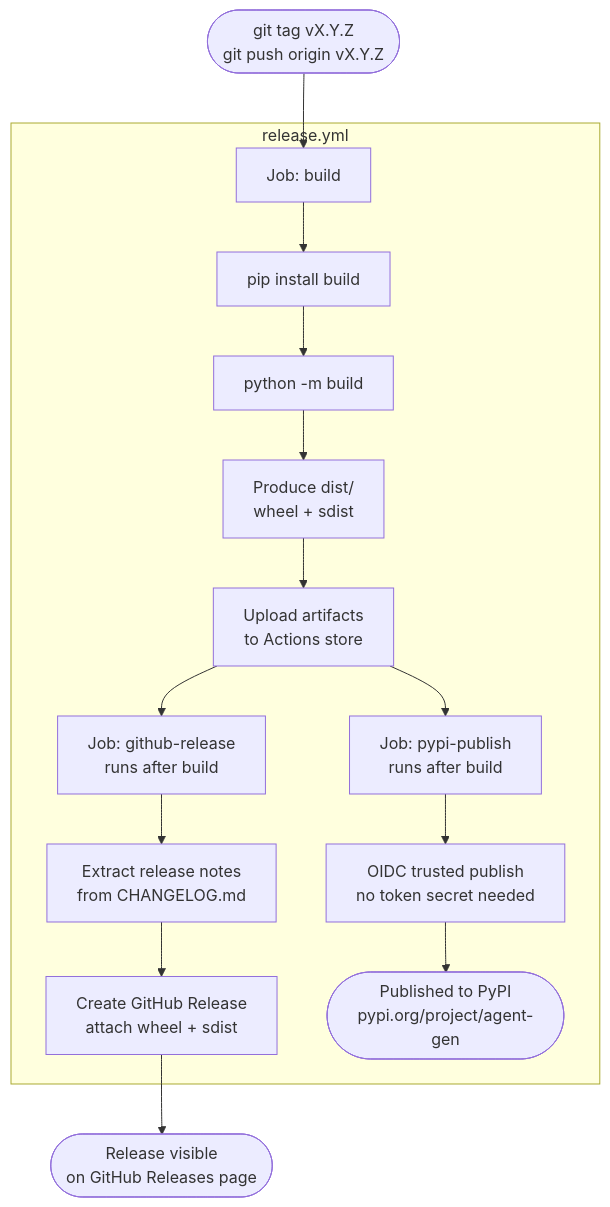
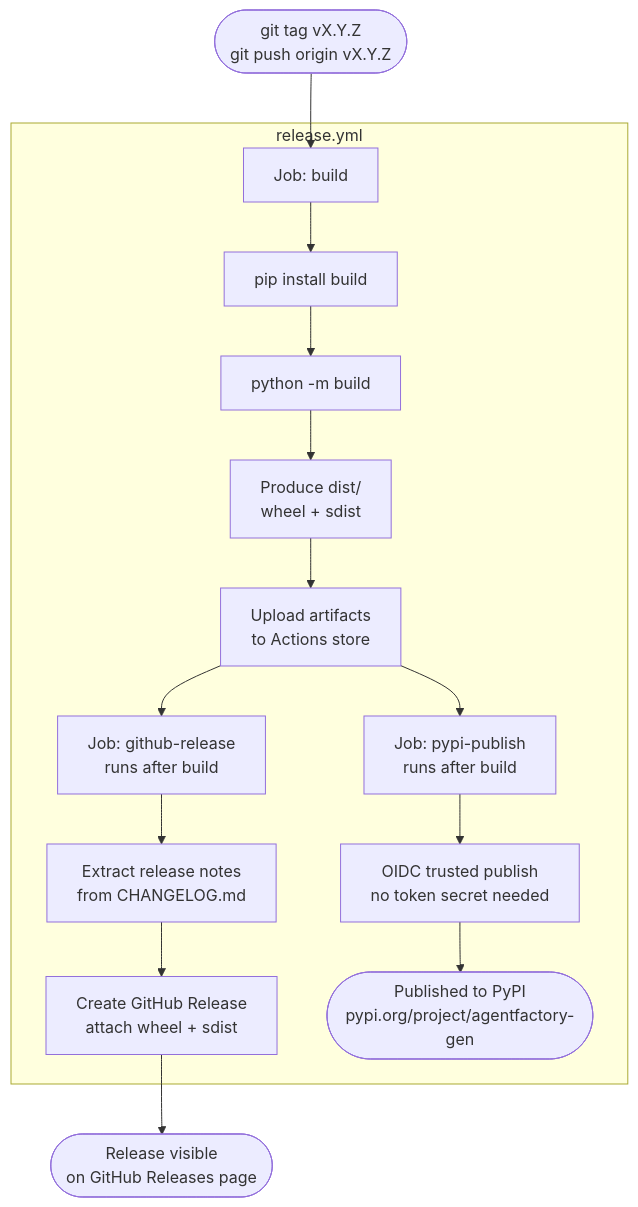
One commit to matheusmlopess/AgentFactory changed the seventh of 8 diagrams in README.md. Above: the diagram before and after it, drawn with Mermaid. The commit also changed other lines of this file and 3 other files, not shown here.

First line of the commit message:
chore: rename PyPI package agent-gen → agentfactory-gen

````diff
--- a/README.md
+++ b/README.md
@@ -225,21 +225,21 @@
 ```mermaid
 flowchart TD
     A([git tag vX.Y.Z\ngit push origin vX.Y.Z]) --> B
 
     subgraph release.yml
         B[Job: build] --> C[pip install build]
         C --> D[python -m build]
         D --> E[Produce dist/\nwheel + sdist]
         E --> F[Upload artifacts\nto Actions store]
 
         F --> G[Job: github-release\nruns after build]
         G --> H[Extract release notes\nfrom CHANGELOG.md]
         H --> I[Create GitHub Release\nattach wheel + sdist]
 
         F --> J[Job: pypi-publish\nruns after build]
         J --> K[OIDC trusted publish\nno token secret needed]
-        K --> L([Published to PyPI\npypi.org/project/agent-gen])
+        K --> L([Published to PyPI\npypi.org/project/agentfactory-gen])
     end
 
     I --> M([Release visible\non GitHub Releases page])
 ```
````
